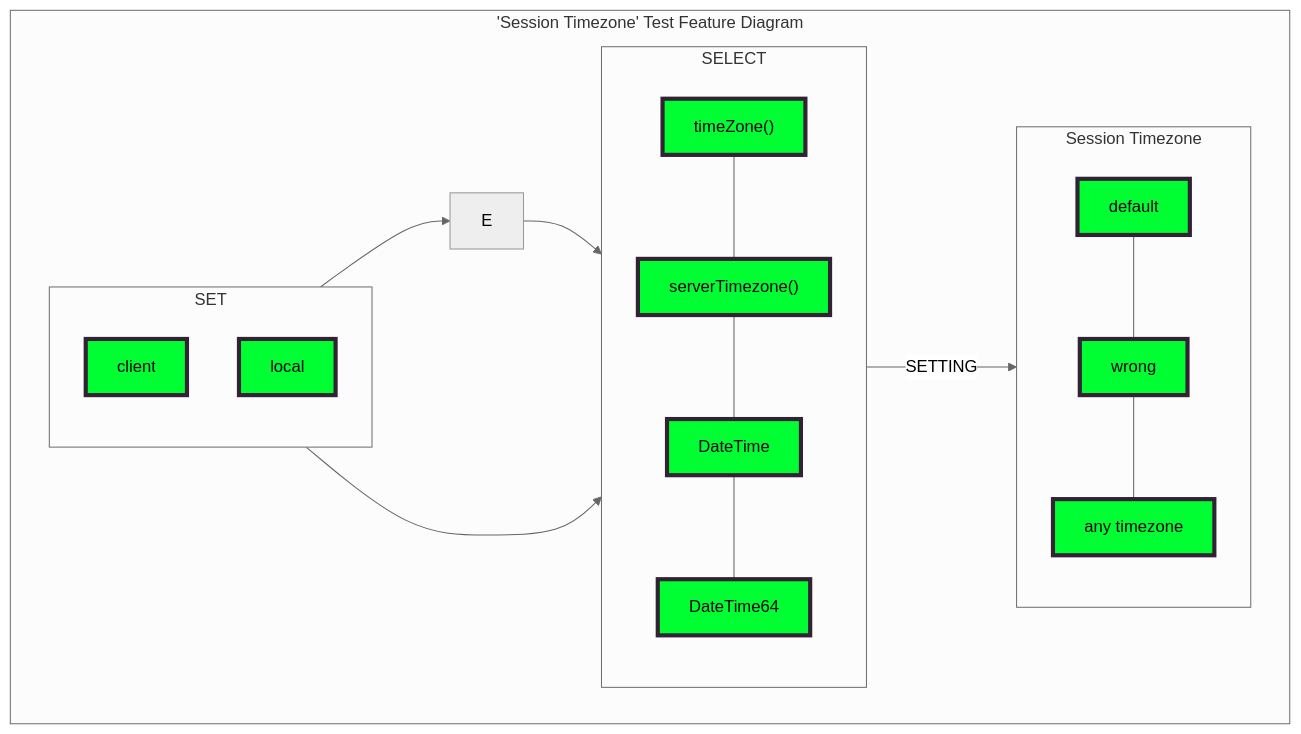
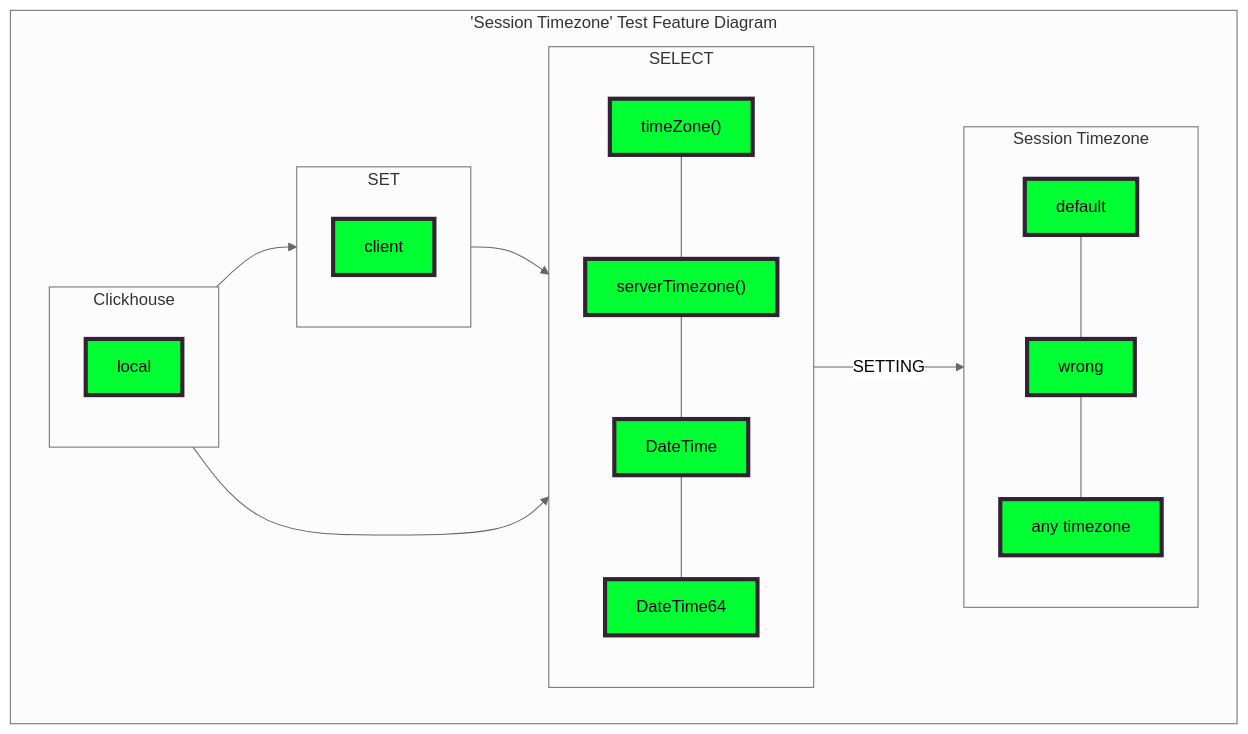
One commit to Altinity/clickhouse-regression changed the diagram in session_timezone/requirements/requirements.md. Above: the diagram before and after it, drawn with Mermaid (neutral theme).

Commit message:
session timezone diagram upd.

````diff
--- a/session_timezone/requirements/requirements.md
+++ b/session_timezone/requirements/requirements.md
@@ -38,46 +38,46 @@
 ```mermaid
 flowchart TB;
 
   classDef yellow fill:#ffff32,stroke:#323,stroke-width:4px,color:black;
   classDef yellow2 fill:#ffff32,stroke:#323,stroke-width:4px,color:red;
   classDef green fill:#00ff32,stroke:#323,stroke-width:4px,color:black;
   classDef red fill:red,stroke:#323,stroke-width:4px,color:black;
   classDef blue fill:blue,stroke:#323,stroke-width:4px,color:white;
   
   subgraph O["'Session Timezone' Test Feature Diagram"]
   
   C-->E-->A--"SETTING"-->D
   C-->A
 
   1A---2A---3A---4A
   1D---2D---3D
   
-    subgraph C["SET"]
+    subgraph E["SET"]
 
         1C["session_timezone"]:::green
  
     end
   
     subgraph C["Clickhouse"]
 
         1C["client"]:::green
         2C["local"]:::green
  
     end
   
     subgraph A["SELECT"]
 
         1A["timeZone()"]:::green
         2A["serverTimezone()"]:::green
         3A["DateTime"]:::green
         4A["DateTime64"]:::green
         
     end
     
     subgraph D["Session Timezone"]
         1D["default"]:::green
         2D["wrong"]:::green
         3D["any timezone"]:::green
     end
   end
 ```
````
